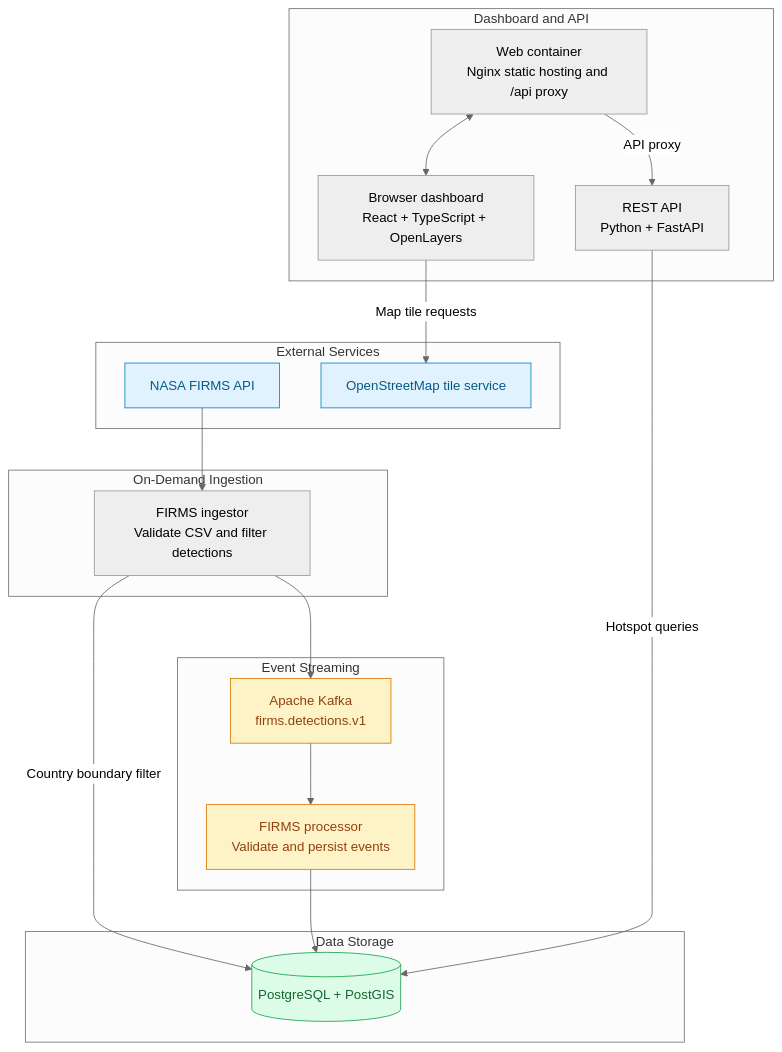
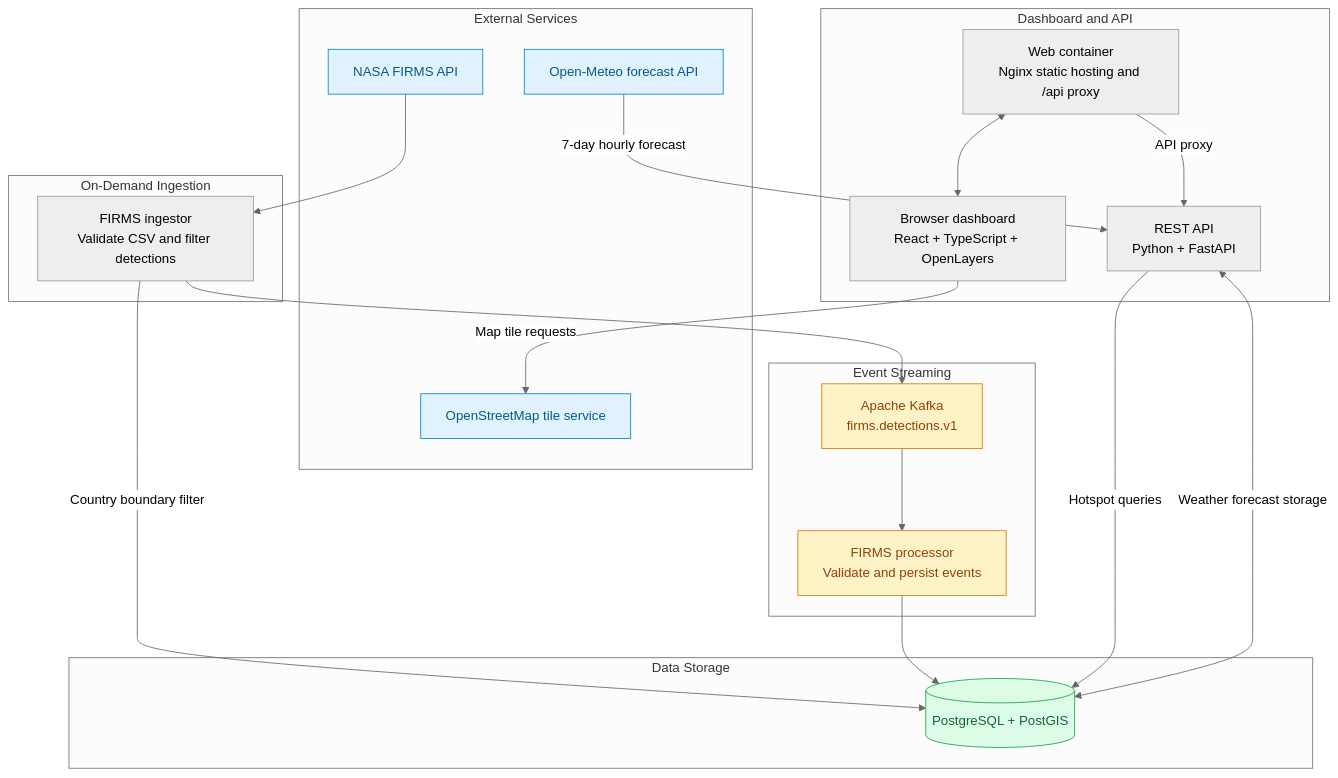
The diagram in README.md (marcparaira/wildfire-intelligence-platform), drawn with Mermaid (neutral theme) before and after one commit. The commit also changed other lines of this file and 11 other files, not shown here.

Commit message:
feat: weather forecast

````diff
--- a/README.md
+++ b/README.md
@@ -29,44 +30,47 @@
 ```mermaid
 flowchart TB
     subgraph External["External Services"]
         FIRMS["NASA FIRMS API"]
+        WEATHER["Open-Meteo forecast API"]
         OSM["OpenStreetMap tile service"]
     end
 
     subgraph Ingestion["On-Demand Ingestion"]
         INGEST["FIRMS ingestor<br/>Validate CSV and filter detections"]
     end
 
     subgraph Streaming["Event Streaming"]
         KAFKA["Apache Kafka<br/>firms.detections.v1"]
         PROC["FIRMS processor<br/>Validate and persist events"]
         KAFKA --> PROC
     end
 
     subgraph Storage["Data Storage"]
         DB[("PostgreSQL + PostGIS")]
     end
 
     subgraph Application["Dashboard and API"]
         WEB["Web container<br/>Nginx static hosting and /api proxy"]
         UI["Browser dashboard<br/>React + TypeScript + OpenLayers"]
         API["REST API<br/>Python + FastAPI"]
         WEB <--> UI
         WEB -->|API proxy| API
     end
 
     FIRMS --> INGEST
+    WEATHER -->|7-day hourly forecast| API
     INGEST -->|Country boundary filter| DB
     INGEST --> KAFKA
     PROC --> DB
     API -->|Hotspot queries| DB
+    API <-->|Weather forecast storage| DB
     UI -->|Map tile requests| OSM
 
     classDef external fill:#e0f2fe,stroke:#0284c7,color:#075985
     classDef streaming fill:#fef3c7,stroke:#d97706,color:#92400e
     classDef data fill:#dcfce7,stroke:#16a34a,color:#166534
 
-    class FIRMS,OSM external
+    class FIRMS,WEATHER,OSM external
     class KAFKA,PROC streaming
     class DB data
 ```
````
